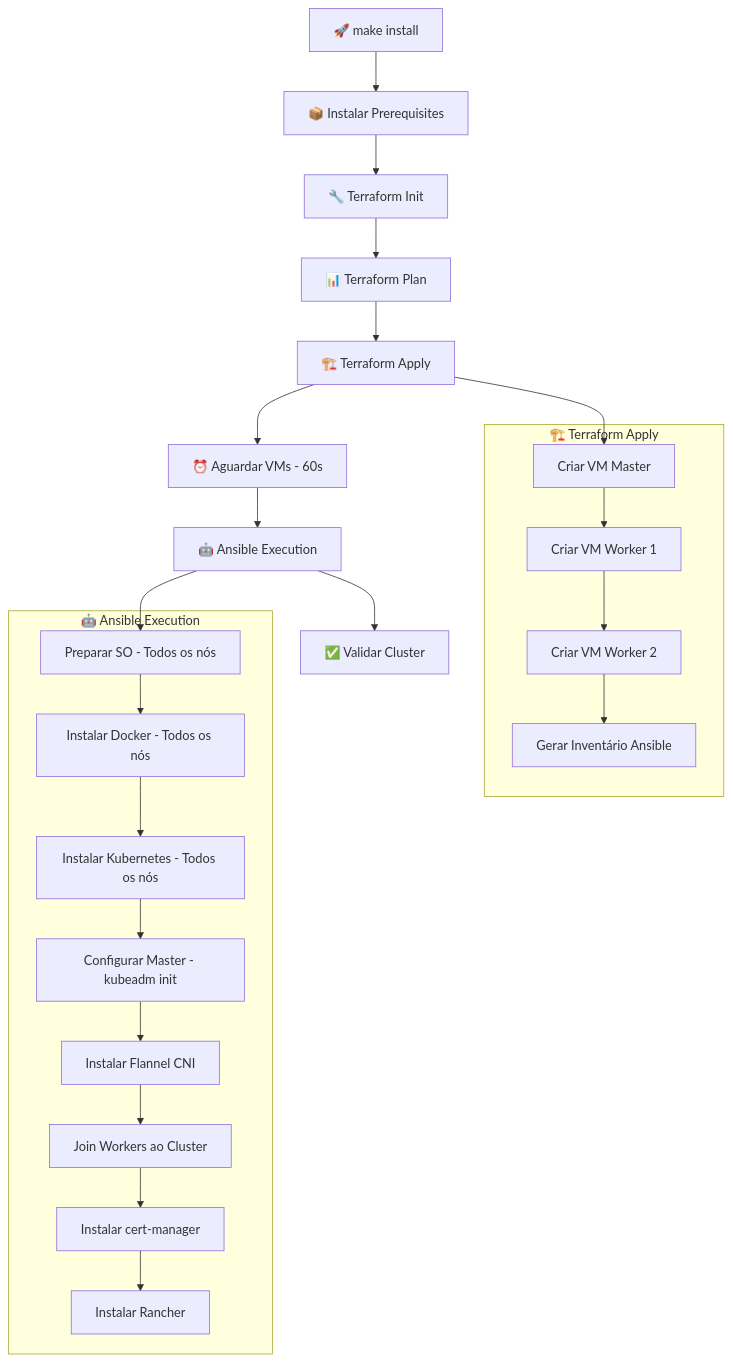
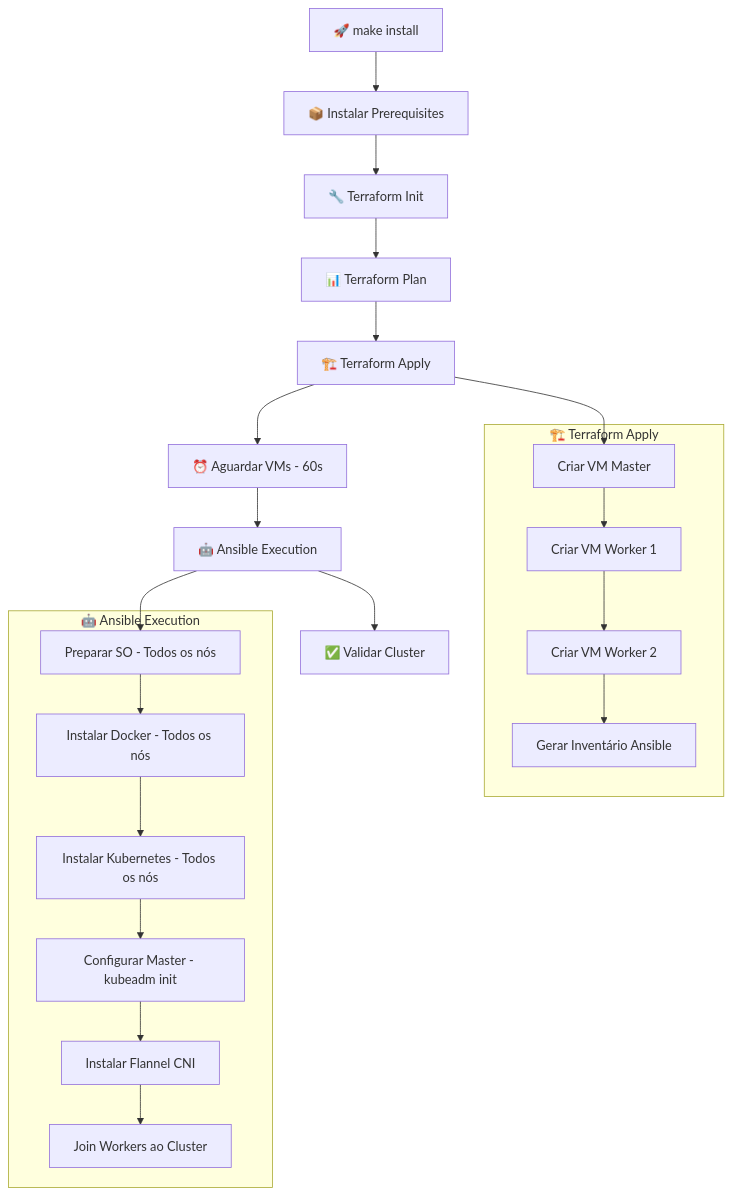
Before and after one commit to wagnerpf/Proxmox-VE-_cluster-Kubernetes_Rancher: the diagram in OVERVIEW.md, drawn with Mermaid. The commit also changed other lines of this file and 17 other files, not shown here.

````diff
--- a/OVERVIEW.md
+++ b/OVERVIEW.md
@@ -187,42 +179,38 @@
 ```mermaid
 flowchart TD
     A[🚀 make install] --> B[📦 Instalar Prerequisites]
     B --> C[🔧 Terraform Init]
     C --> D[📊 Terraform Plan]
     D --> E[🏗️ Terraform Apply]
     E --> F[⏰ Aguardar VMs - 60s]
     F --> G[🤖 Ansible Execution]
     G --> H[✅ Validar Cluster]
     
     subgraph "🏗️ Terraform Apply"
         E1[Criar VM Master]
         E2[Criar VM Worker 1]
         E3[Criar VM Worker 2]
         E4[Gerar Inventário Ansible]
     end
     
     subgraph "🤖 Ansible Execution"
         G1[Preparar SO - Todos os nós]
         G2[Instalar Docker - Todos os nós]
         G3[Instalar Kubernetes - Todos os nós]
         G4[Configurar Master - kubeadm init]
         G5[Instalar Flannel CNI]
         G6[Join Workers ao Cluster]
-        G7[Instalar cert-manager]
-        G8[Instalar Rancher]
     end
     
     E --> E1
     E1 --> E2
     E2 --> E3
     E3 --> E4
     
     G --> G1
     G1 --> G2
     G2 --> G3
     G3 --> G4
     G4 --> G5
     G5 --> G6
-    G6 --> G7
-    G7 --> G8
 ```
````
